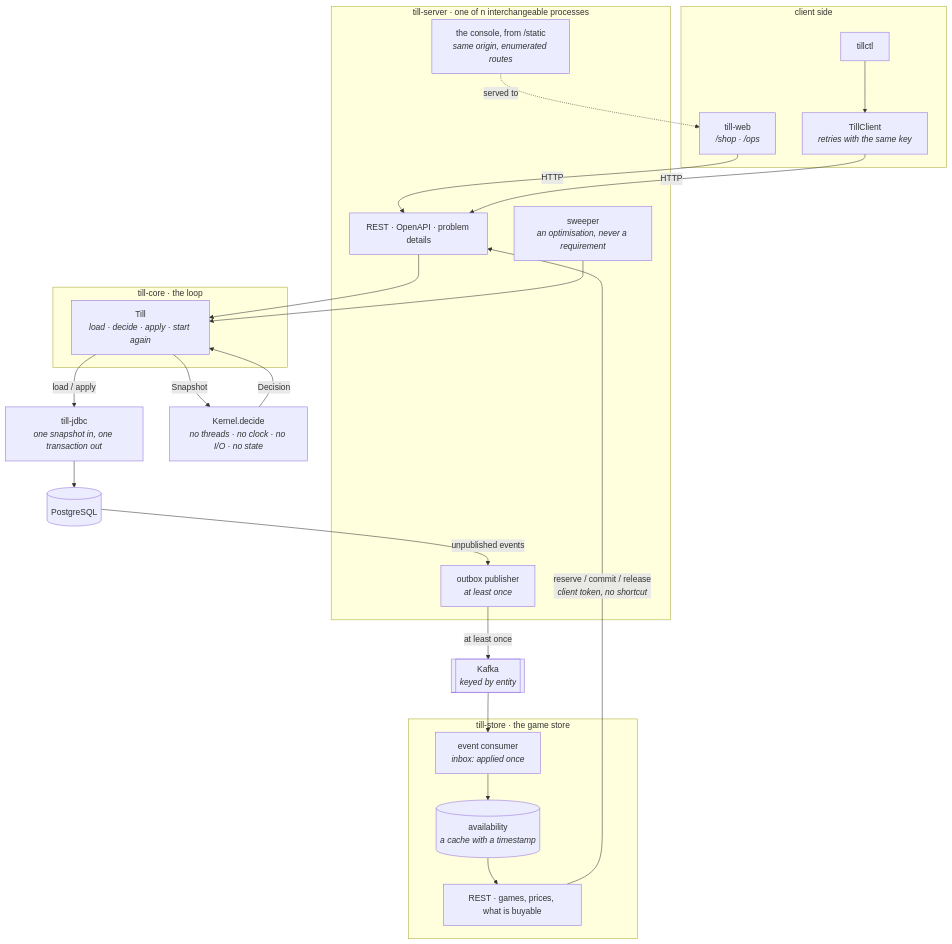
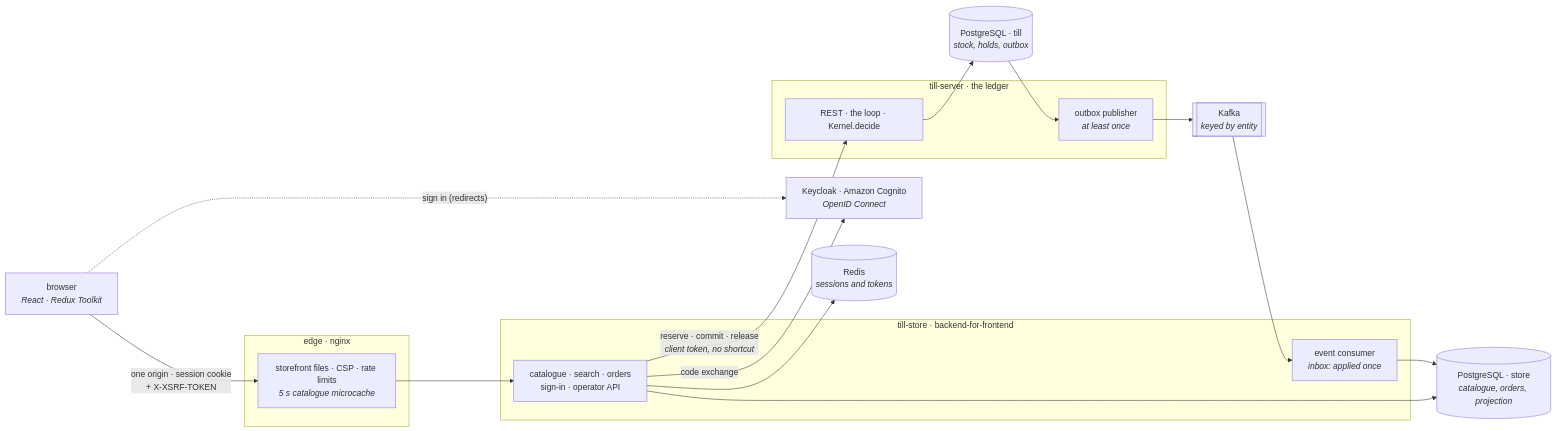
The first of 3 diagrams in README.md (jason-te-sde/till), drawn with Mermaid before and after one commit. The commit also changed other lines of this file and 14 other files, not shown here.

First line of the commit message:
docs: the store, the storefront and the edge

````diff
--- a/README.md
+++ b/README.md
@@ -175,47 +231,38 @@
 ```mermaid
-flowchart TB
-    subgraph client["client side"]
-        WEB["till-web<br/><i>/shop · /ops</i>"]
-        CTL["tillctl"]
-        API["TillClient<br/><i>retries with the same key</i>"]
+flowchart LR
+    B["browser<br/><i>React · Redux Toolkit</i>"]
+    IDP["Keycloak · Amazon Cognito<br/><i>OpenID Connect</i>"]
+
+    subgraph edge["edge · nginx"]
+        E["storefront files · CSP · rate limits<br/><i>5 s catalogue microcache</i>"]
     end
 
-    subgraph server["till-server · one of n interchangeable processes"]
-        REST["REST · OpenAPI · problem details"]
-        STATIC["the console, from /static<br/><i>same origin, enumerated routes</i>"]
-        SWEEP["sweeper<br/><i>an optimisation, never a requirement</i>"]
-        PUB["outbox publisher<br/><i>at least once</i>"]
+    subgraph store["till-store · backend-for-frontend"]
+        S["catalogue · search · orders<br/>sign-in · operator API"]
+        C["event consumer<br/><i>inbox: applied once</i>"]
     end
 
-    subgraph loop["till-core · the loop"]
-        TILL["Till<br/><i>load · decide · apply · start again</i>"]
+    R[("Redis<br/><i>sessions and tokens</i>")]
+    SDB[("PostgreSQL · store<br/><i>catalogue, orders, projection</i>")]
+
+    subgraph ledger["till-server · the ledger"]
+        L["REST · the loop · Kernel.decide"]
+        P["outbox publisher<br/><i>at least once</i>"]
     end
 
-    KERNEL["Kernel.decide<br/><i>no threads · no clock · no I/O · no state</i>"]
-    LEDGER["till-jdbc<br/><i>one snapshot in, one transaction out</i>"]
-    PG[("PostgreSQL")]
+    LDB[("PostgreSQL · till<br/><i>stock, holds, outbox</i>")]
+    K[["Kafka<br/><i>keyed by entity</i>"]]
 
-    CTL --> API
-    WEB -- "HTTP" --> REST
-    STATIC -. "served to" .-> WEB
-    API -- "HTTP" --> REST
-    REST --> TILL
-    SWEEP --> TILL
-    TILL -- "Snapshot" --> KERNEL
-    KERNEL -- "Decision" --> TILL
-    TILL -- "load / apply" --> LEDGER
-    LEDGER --> PG
-    PG -- "unpublished events" --> PUB
-    PUB -- "at least once" --> KAFKA[["Kafka<br/><i>keyed by entity</i>"]]
-    KAFKA --> CONSUMER
-
-    subgraph store["till-store · the game store"]
-        CONSUMER["event consumer<br/><i>inbox: applied once</i>"]
-        PROJ[("availability<br/><i>a cache with a timestamp</i>")]
-        SHOP["REST · games, prices, what is buyable"]
-    end
-
-    CONSUMER --> PROJ
-    PROJ --> SHOP
-    SHOP -- "reserve / commit / release<br/><i>client token, no shortcut</i>" --> REST
+    B -- "one origin · session cookie<br/>+ X-XSRF-TOKEN" --> E
+    B -. "sign in (redirects)" .-> IDP
+    E --> S
+    S -- "code exchange" --> IDP
+    S --> R
+    S --> SDB
+    S -- "reserve · commit · release<br/><i>client token, no shortcut</i>" --> L
+    L --> LDB
+    LDB --> P
+    P --> K
+    K --> C
+    C --> SDB
 ```
````
